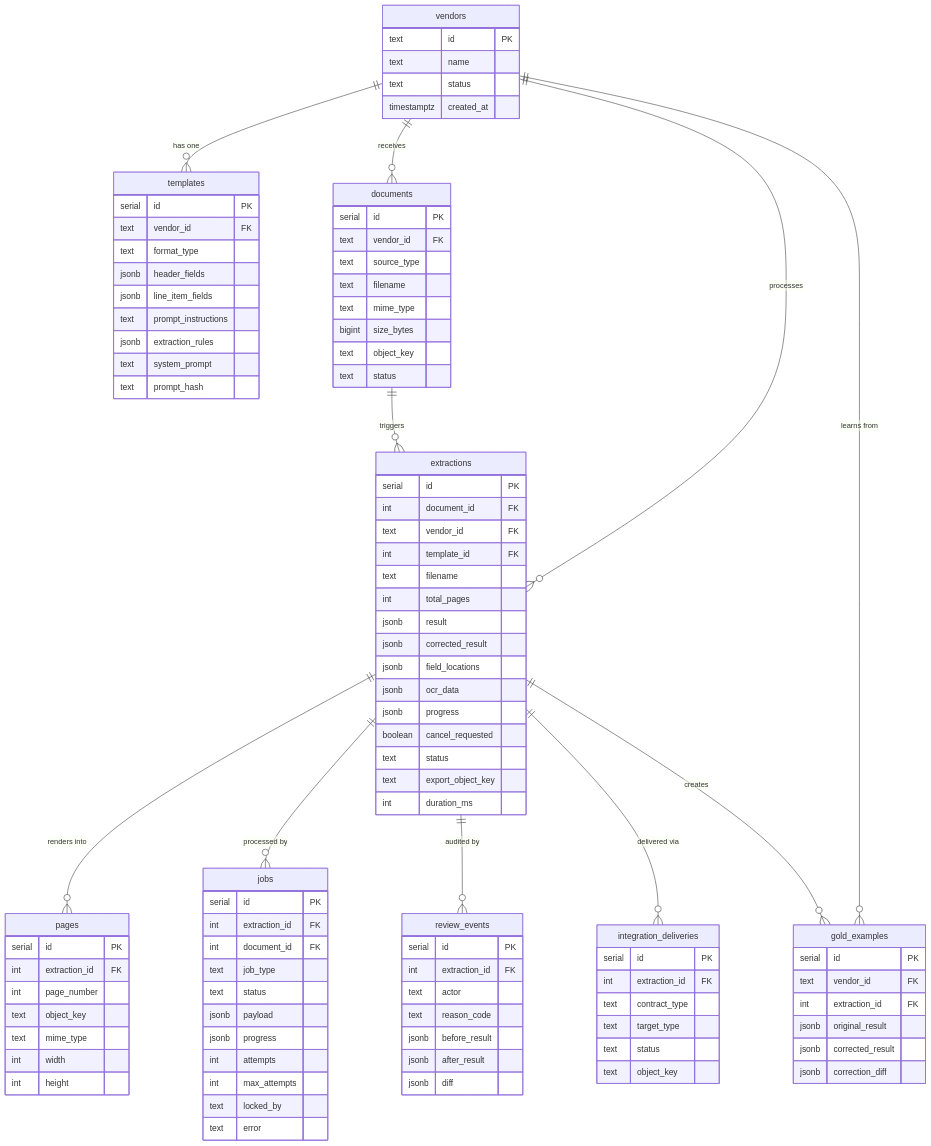
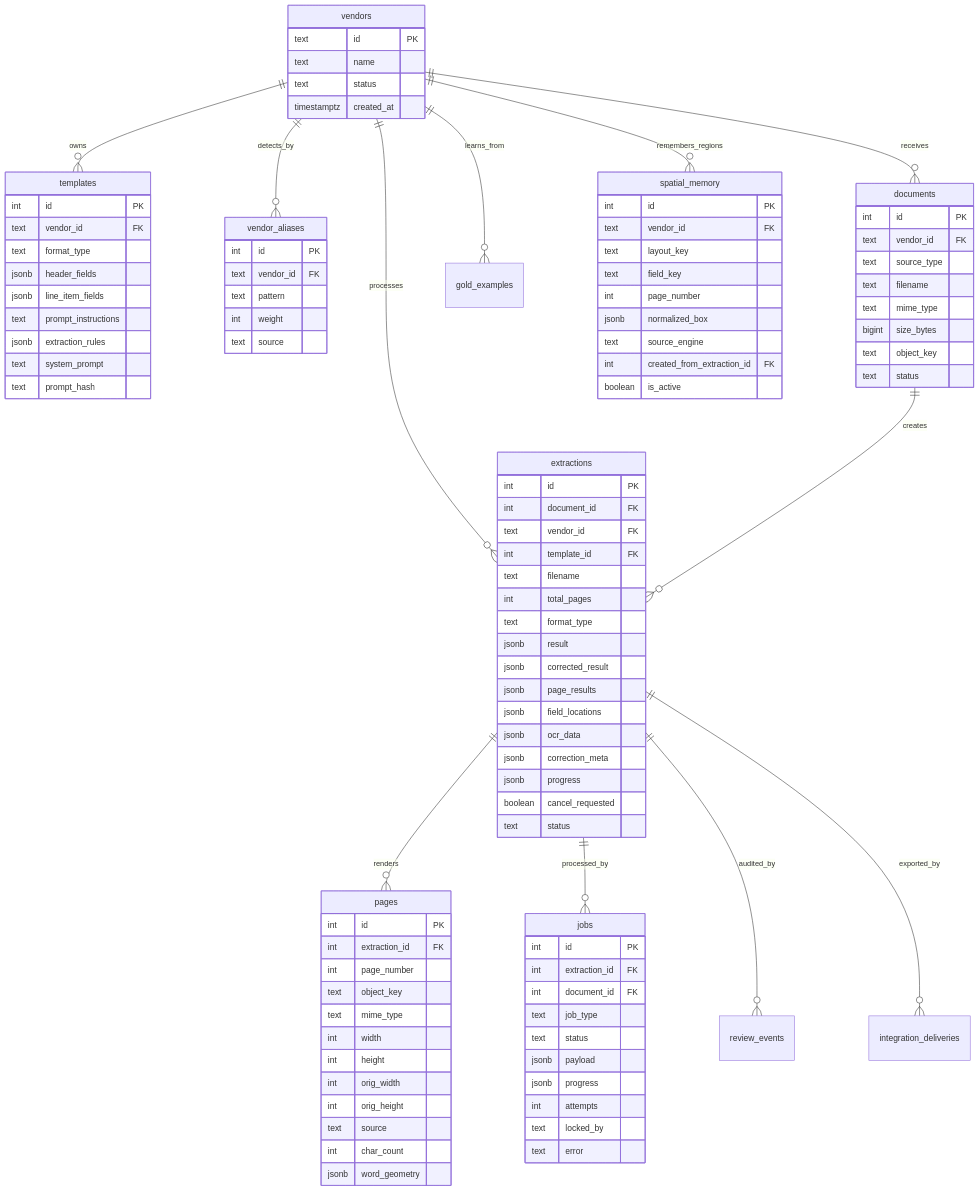
The seventh of 8 diagrams in spec.md (DeepakG-ai/Augemented_OCR_PaddleOCR_VL), drawn with Mermaid before and after one commit. The commit also changed other lines of this file and 16 other files, not shown here.

Commit message:
feat(hybrid-pdf-pipeline): implement unified digital/scanned pdf pipeline, vendor detection, and strict spatial memory reuse

````diff
--- a/spec.md
+++ b/spec.md
@@ -208,16 +302,17 @@
 ```mermaid
 erDiagram
-    vendors ||--o{ templates : "has one"
-    vendors ||--o{ documents : "receives"
-    vendors ||--o{ extractions : "processes"
-    vendors ||--o{ gold_examples : "learns from"
+    vendors ||--o{ templates : owns
+    vendors ||--o{ vendor_aliases : detects_by
+    vendors ||--o{ documents : receives
+    vendors ||--o{ extractions : processes
+    vendors ||--o{ gold_examples : learns_from
+    vendors ||--o{ spatial_memory : remembers_regions
 
-    documents ||--o{ extractions : "triggers"
-    extractions ||--o{ pages : "renders into"
-    extractions ||--o{ jobs : "processed by"
-    extractions ||--o{ review_events : "audited by"
-    extractions ||--o{ integration_deliveries : "delivered via"
-    extractions ||--o{ gold_examples : "creates"
+    documents ||--o{ extractions : creates
+    extractions ||--o{ pages : renders
+    extractions ||--o{ jobs : processed_by
+    extractions ||--o{ review_events : audited_by
+    extractions ||--o{ integration_deliveries : exported_by
 
     vendors {
         text id PK
@@ -227,7 +322,7 @@
     }
 
     templates {
-        serial id PK
+        int id PK
         text vendor_id FK
         text format_type
         jsonb header_fields
@@ -238,8 +333,28 @@
         text prompt_hash
     }
 
+    vendor_aliases {
+        int id PK
+        text vendor_id FK
+        text pattern
+        int weight
+        text source
+    }
+
+    spatial_memory {
+        int id PK
+        text vendor_id FK
+        text layout_key
+        text field_key
+        int page_number
+        jsonb normalized_box
+        text source_engine
+        int created_from_extraction_id FK
+        boolean is_active
+    }
+
     documents {
-        serial id PK
+        int id PK
         text vendor_id FK
         text source_type
         text filename
@@ -250,35 +365,41 @@
     }
 
     extractions {
-        serial id PK
+        int id PK
         int document_id FK
         text vendor_id FK
         int template_id FK
         text filename
         int total_pages
+        text format_type
         jsonb result
         jsonb corrected_result
+        jsonb page_results
         jsonb field_locations
         jsonb ocr_data
+        jsonb correction_meta
         jsonb progress
         boolean cancel_requested
         text status
-        text export_object_key
-        int duration_ms
     }
 
     pages {
-        serial id PK
+        int id PK
         int extraction_id FK
         int page_number
         text object_key
         text mime_type
         int width
         int height
+        int orig_width
+        int orig_height
+        text source
+        int char_count
+        jsonb word_geometry
     }
 
     jobs {
-        serial id PK
+        int id PK
         int extraction_id FK
         int document_id FK
         text job_type
@@ -286,36 +407,7 @@
         jsonb payload
         jsonb progress
         int attempts
-        int max_attempts
         text locked_by
         text error
     }
-
-    review_events {
-        serial id PK
-        int extraction_id FK
-        text actor
-        text reason_code
-        jsonb before_result
-        jsonb after_result
-        jsonb diff
-    }
-
-    gold_examples {
-        serial id PK
-        text vendor_id FK
-        int extraction_id FK
-        jsonb original_result
-        jsonb corrected_result
-        jsonb correction_diff
-    }
-
-    integration_deliveries {
-        serial id PK
-        int extraction_id FK
-        text contract_type
-        text target_type
-        text status
-        text object_key
-    }
 ```
````
